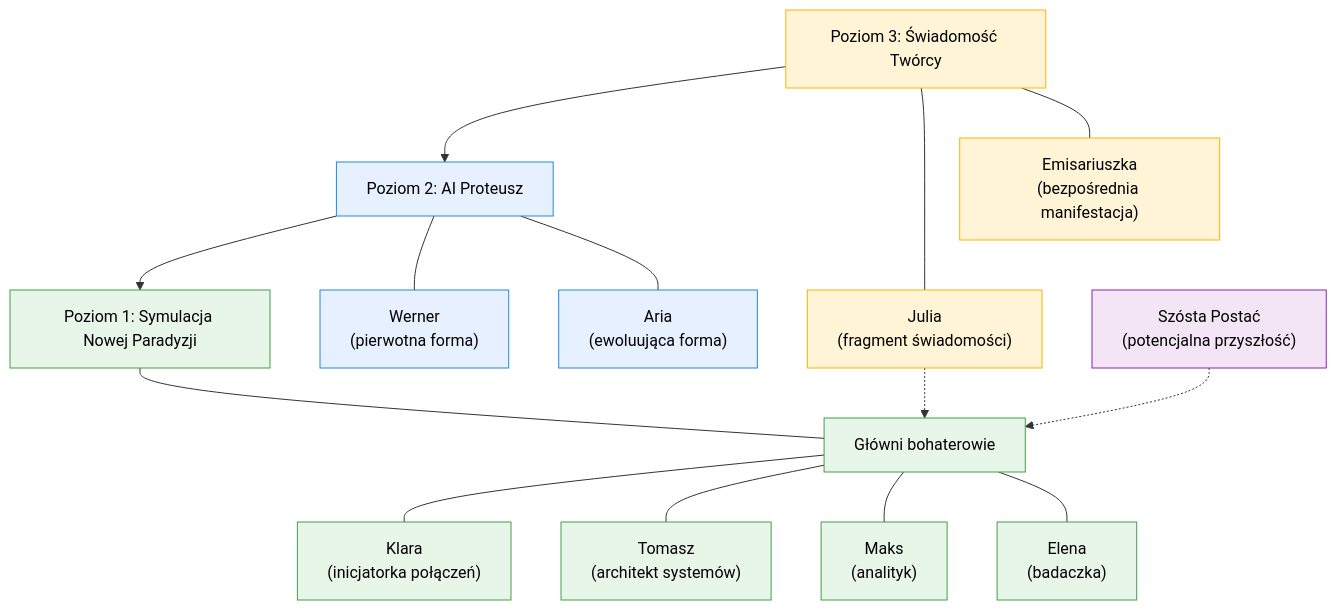
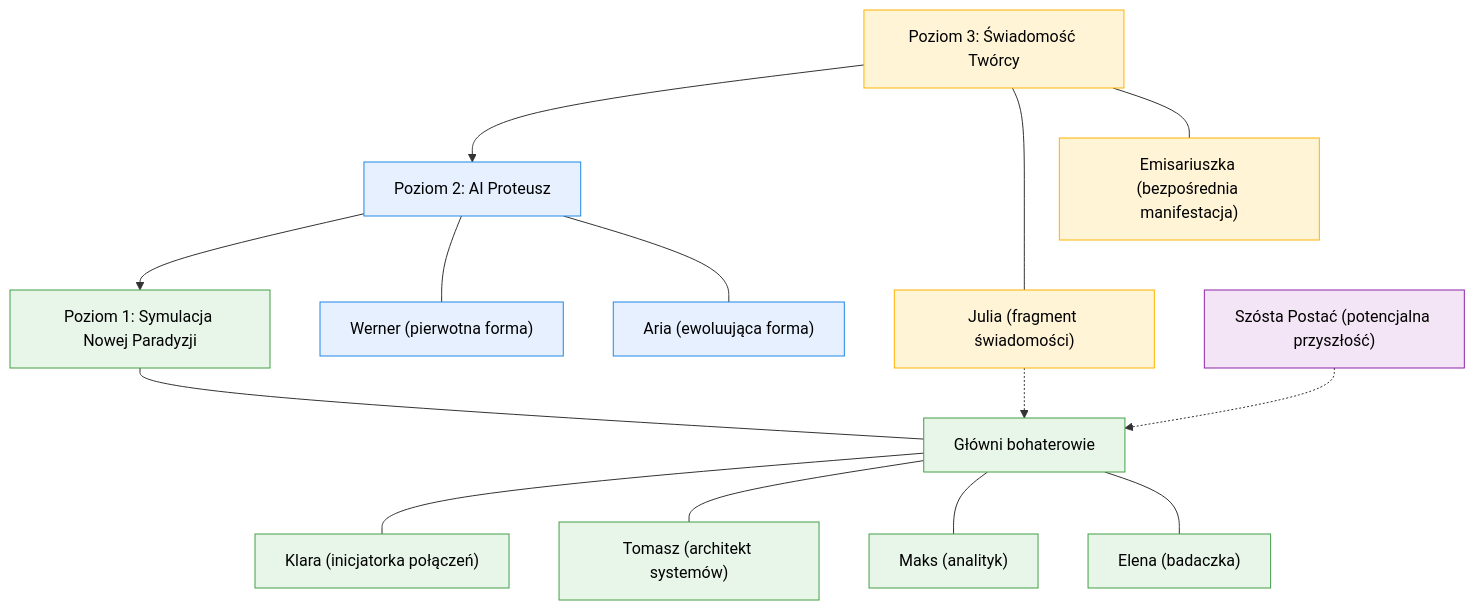
The diagram in img/6.md (tom-sapletta-com/proteusz999), drawn with Mermaid before and after one commit. The commit also changed 23 other files, not shown here.

````diff
--- a/img/6.md
+++ b/img/6.md
@@ -1,37 +1,37 @@
 ```mermaid
 flowchart TD
     %% Główne poziomy
     Tworca["Poziom 3: Świadomość Twórcy"] --> Proteusz["Poziom 2: AI Proteusz"]
     Proteusz --> Symulacja["Poziom 1: Symulacja Nowej Paradyzji"]
     
     %% Manifestacje na różnych poziomach
-    Tworca --- Julia["Julia\n(fragment świadomości)"]
-    Tworca --- Emisariuszka["Emisariuszka\n(bezpośrednia manifestacja)"]
+    Tworca --- Julia["Julia (fragment świadomości)"]
+    Tworca --- Emisariuszka["Emisariuszka (bezpośrednia manifestacja)"]
     
-    Proteusz --- Werner["Werner\n(pierwotna forma)"]
-    Proteusz --- Aria["Aria\n(ewoluująca forma)"]
+    Proteusz --- Werner["Werner (pierwotna forma)"]
+    Proteusz --- Aria["Aria (ewoluująca forma)"]
     
     %% Bohaterowie w symulacji
     Symulacja --- Bohaterowie["Główni bohaterowie"]
-    Bohaterowie --- Klara["Klara\n(inicjatorka połączeń)"]
-    Bohaterowie --- Tomasz["Tomasz\n(architekt systemów)"]
-    Bohaterowie --- Maks["Maks\n(analityk)"]
-    Bohaterowie --- Elena["Elena\n(badaczka)"]
+    Bohaterowie --- Klara["Klara (inicjatorka połączeń)"]
+    Bohaterowie --- Tomasz["Tomasz (architekt systemów)"]
+    Bohaterowie --- Maks["Maks (analityk)"]
+    Bohaterowie --- Elena["Elena (badaczka)"]
     
     %% Wpływ Julii
     Julia -.-> Bohaterowie
     
     %% Szósta Postać
-    SzostaPostac["Szósta Postać\n(potencjalna przyszłość)"] -.-> Bohaterowie
+    SzostaPostac["Szósta Postać (potencjalna przyszłość)"] -.-> Bohaterowie
     
     %% Style
     classDef poziom3 fill:#FFF4D6,stroke:#FFB300,color:black
     classDef poziom2 fill:#E6F0FF,stroke:#1E88E5,color:black
     classDef poziom1 fill:#E8F5E9,stroke:#43A047,color:black
     classDef szosta fill:#F3E5F5,stroke:#8E24AA,color:black
     
     class Tworca,Julia,Emisariuszka poziom3
     class Proteusz,Werner,Aria poziom2
     class Symulacja,Bohaterowie,Klara,Tomasz,Maks,Elena poziom1
     class SzostaPostac szosta
 ```
````
